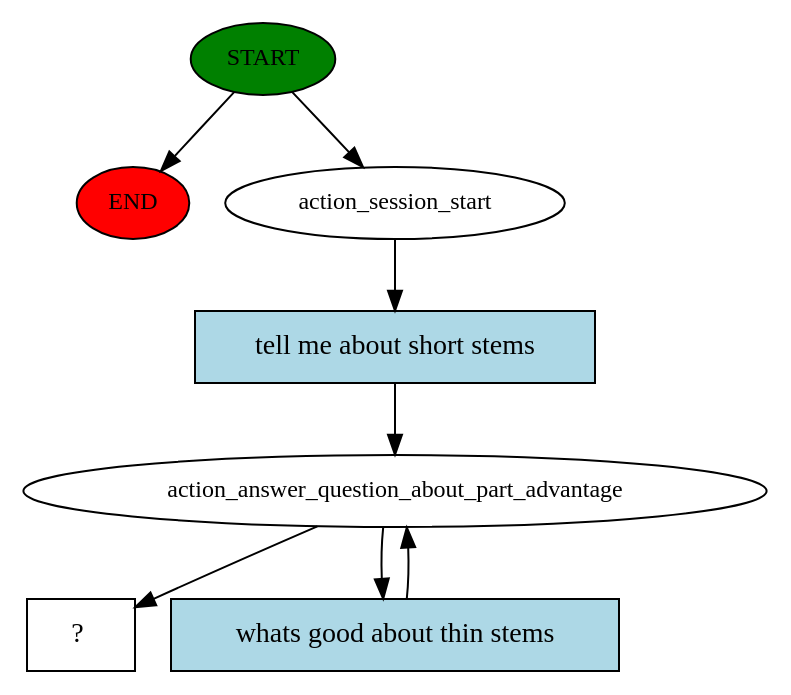
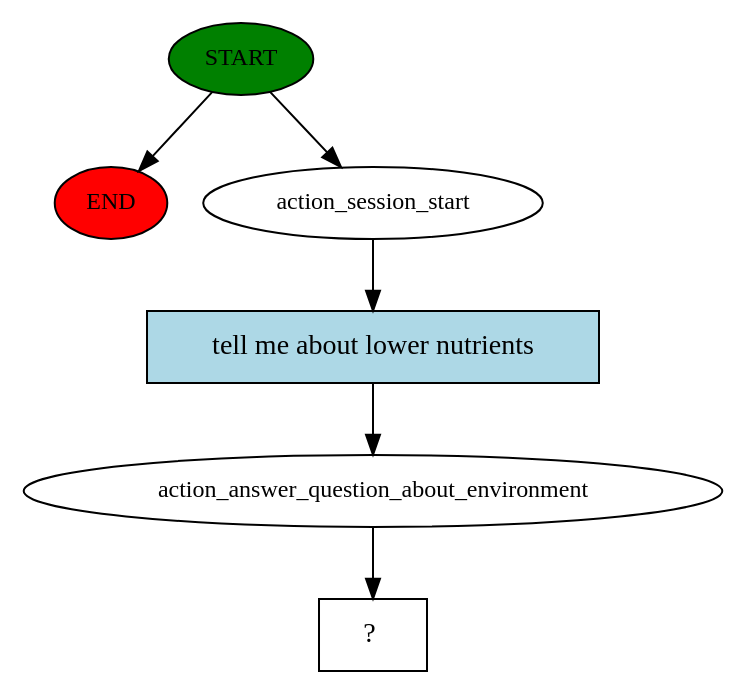
One commit to gozlen/virtual-assistant changed the diagram in story_graph.dot. Above: the diagram before and after it, drawn with Graphviz. The commit also changed 4 other files, not shown here.

```diff
--- a/story_graph.dot
+++ b/story_graph.dot
@@ -1,16 +1,13 @@
 digraph  {
 0 [class="start active", fillcolor=green, fontsize=12, label=START, style=filled];
 "-1" [class=end, fillcolor=red, fontsize=12, label=END, style=filled];
 1 [class=active, fontsize=12, label=action_session_start];
-2 [class=active, fontsize=12, label=action_answer_question_about_part_advantage];
-7 [class="intent dashed active", label="  ?  ", shape=rect];
-8 [class="intent active", fillcolor=lightblue, label="tell me about short stems", shape=rect, style=filled];
-9 [class="intent active", fillcolor=lightblue, label="whats good about thin stems", shape=rect, style=filled];
+2 [class=active, fontsize=12, label=action_answer_question_about_environment];
+3 [class="intent dashed active", label="  ?  ", shape=rect];
+4 [class="intent active", fillcolor=lightblue, label="tell me about lower nutrients", shape=rect, style=filled];
 0 -> "-1"  [class="", key=NONE, label=""];
 0 -> 1  [class=active, key=NONE, label=""];
-1 -> 8  [class=active, key=0];
-2 -> 7  [class=active, key=NONE, label=""];
-2 -> 9  [class=active, key=0];
-8 -> 2  [class=active, key=0];
-9 -> 2  [class=active, key=0];
+1 -> 4  [class=active, key=0];
+2 -> 3  [class=active, key=NONE, label=""];
+4 -> 2  [class=active, key=0];
 }
```
